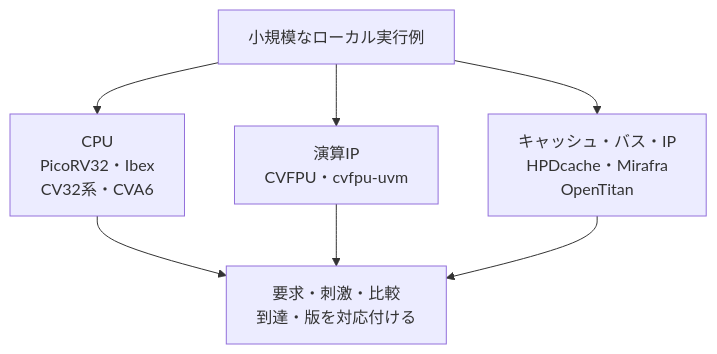
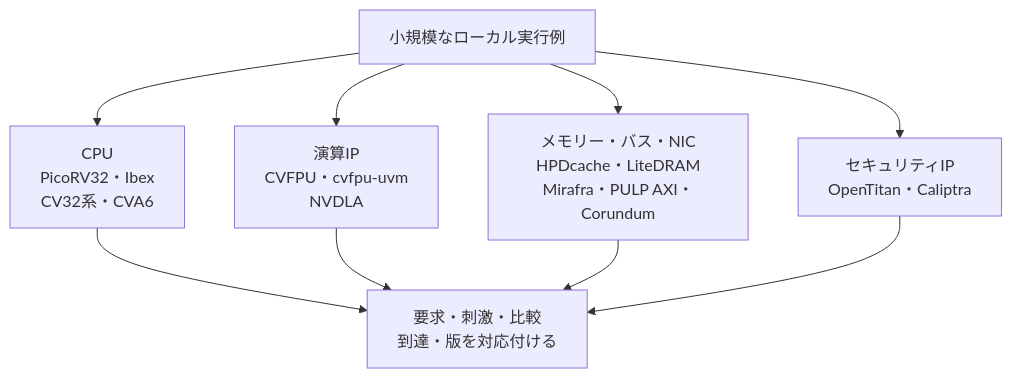
One commit to kurochan001/lsi-verification-method changed the diagram in docs/method/open-source-dv-environments.md. Above: the diagram before and after it, drawn with Mermaid. The commit also changed other lines of this file and 11 other files, not shown here.

````diff
--- a/docs/method/open-source-dv-environments.md
+++ b/docs/method/open-source-dv-environments.md
@@ -18,11 +23,13 @@
 ```mermaid
 flowchart TD
   accTitle: 小規模教材から実プロジェクトのDVへ
-  accDescr: 小規模教材からCPU、演算IP、キャッシュやバスとIPの環境へ進み、要求・比較・到達・版を対応付ける。各参照例の実行条件と確認範囲も記録する。
+  accDescr: 小規模教材からCPU、演算IP、メモリーやバスとNIC、セキュリティIPの環境へ進み、要求・比較・到達・版を対応付ける。各参照例の実行条件と確認範囲も記録する。
   L["小規模なローカル実行例"] --> C["CPU<br/>PicoRV32・Ibex<br/>CV32系・CVA6"]
-  L --> F["演算IP<br/>CVFPU・cvfpu-uvm"]
-  L --> I["キャッシュ・バス・IP<br/>HPDcache・Mirafra<br/>OpenTitan"]
+  L --> F["演算IP<br/>CVFPU・cvfpu-uvm<br/>NVDLA"]
+  L --> I["メモリー・バス・NIC<br/>HPDcache・LiteDRAM<br/>Mirafra・PULP AXI・Corundum"]
+  L --> S["セキュリティIP<br/>OpenTitan・Caliptra"]
   C --> E["要求・刺激・比較<br/>到達・版を対応付ける"]
   F --> E
   I --> E
+  S --> E
 ```
````
